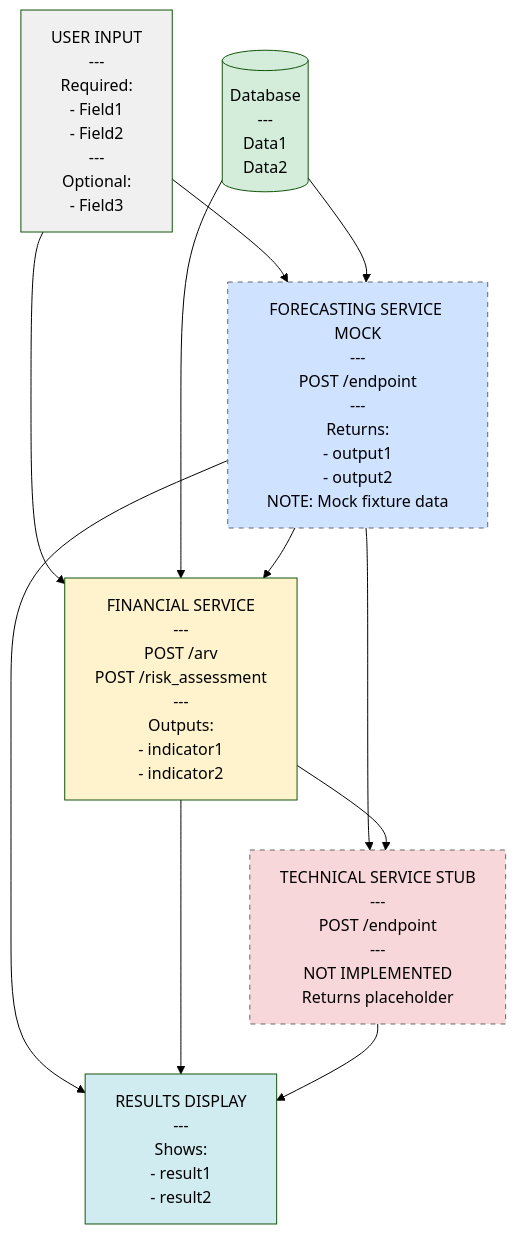
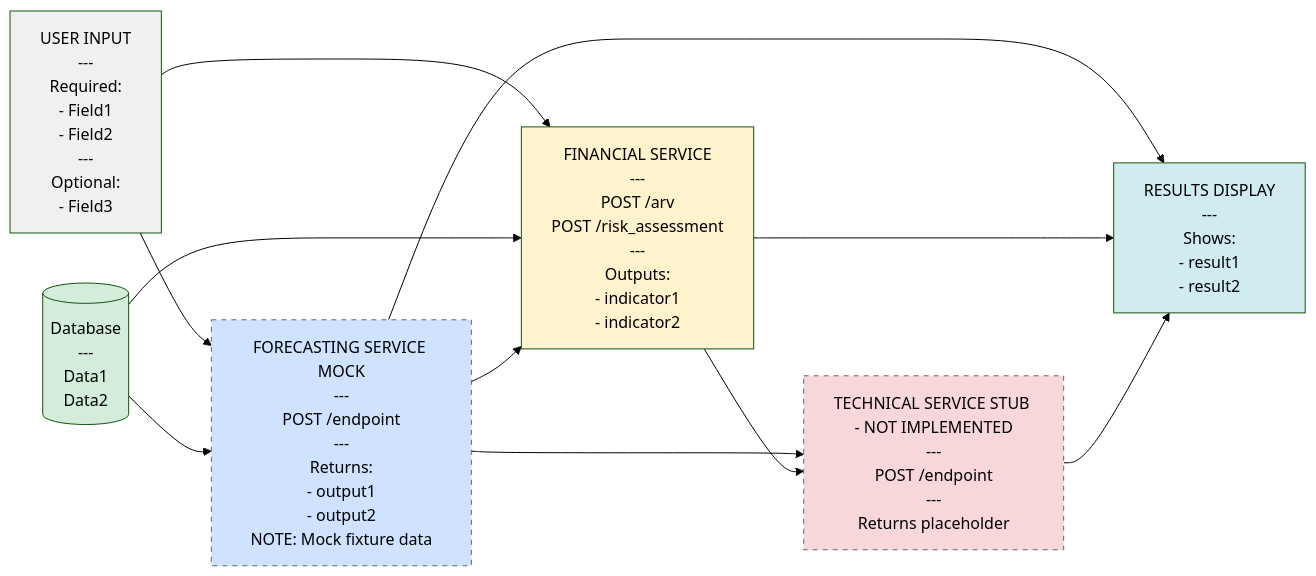
One commit to ReLIFE-Project-EU/relife-web-ui changed the first of 7 diagrams in .cursor/skills/tool-sequences/SKILL.md. Above: the diagram before and after it, drawn with Mermaid (forest theme). The commit also changed other lines of this file, not shown here.

Commit message:
📝 Refine SKILL.md guidelines for Mermaid diagrams

````diff
--- a/.cursor/skills/tool-sequences/SKILL.md
+++ b/.cursor/skills/tool-sequences/SKILL.md
@@ -225,32 +244,32 @@
 ```mermaid
-flowchart TD
-    Input[USER INPUT<br/>---<br/>Required:<br/>- Field1<br/>- Field2<br/>---<br/>Optional:<br/>- Field3]
+flowchart LR
+    Input["USER INPUT<br/>---<br/>Required:<br/>- Field1<br/>- Field2<br/>---<br/>Optional:<br/>- Field3"]
     
-    DB[(Database<br/>---<br/>Data1<br/>Data2)]
+    DB[("Database<br/>---<br/>Data1<br/>Data2")]
     
-    Forecasting[FORECASTING SERVICE MOCK<br/>---<br/>POST /endpoint<br/>---<br/>Returns:<br/>- output1<br/>- output2<br/>NOTE: Mock fixture data]
+    Forecasting["FORECASTING SERVICE MOCK<br/>---<br/>POST /endpoint<br/>---<br/>Returns:<br/>- output1<br/>- output2<br/>NOTE: Mock fixture data"]
     
-    Financial[FINANCIAL SERVICE<br/>---<br/>POST /arv<br/>POST /risk_assessment<br/>---<br/>Outputs:<br/>- indicator1<br/>- indicator2]
+    Financial["FINANCIAL SERVICE<br/>---<br/>POST /arv<br/>POST /risk_assessment<br/>---<br/>Outputs:<br/>- indicator1<br/>- indicator2"]
     
-    Technical[TECHNICAL SERVICE STUB<br/>---<br/>POST /endpoint<br/>---<br/>NOT IMPLEMENTED<br/>Returns placeholder]
+    Technical["TECHNICAL SERVICE STUB - NOT IMPLEMENTED<br/>---<br/>POST /endpoint<br/>---<br/>Returns placeholder"]
     
-    Output[RESULTS DISPLAY<br/>---<br/>Shows:<br/>- result1<br/>- result2]
+    Output["RESULTS DISPLAY<br/>---<br/>Shows:<br/>- result1<br/>- result2"]
     
     Input --> Forecasting
     DB --> Forecasting
     Input --> Financial
     DB --> Financial
     Forecasting --> Financial
     Forecasting --> Technical
     Financial --> Technical
     Forecasting --> Output
     Financial --> Output
     Technical --> Output
     
     style Input fill:#f0f0f0
     style DB fill:#d4edda
     style Forecasting fill:#cfe2ff,stroke:#666,stroke-dasharray: 5 5
     style Financial fill:#fff3cd
     style Technical fill:#f8d7da,stroke:#666,stroke-dasharray: 5 5
     style Output fill:#d1ecf1
 ```
````
